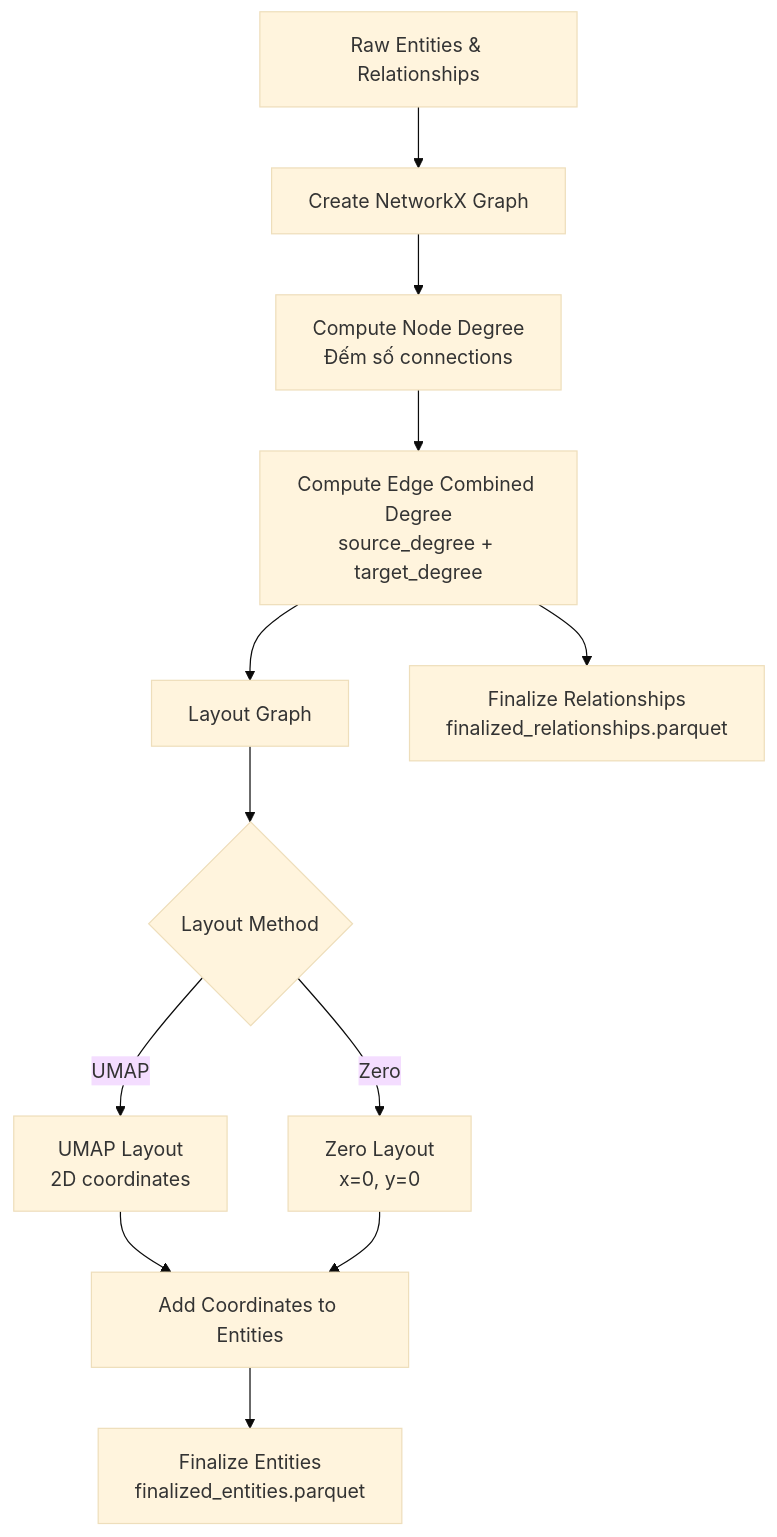
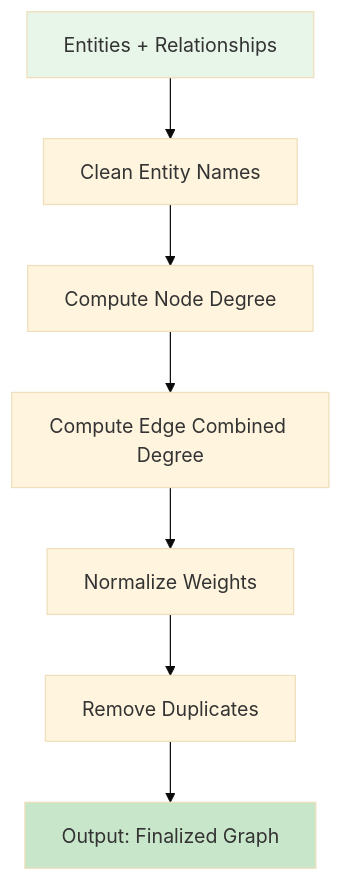
One commit to huytu0702/gtog changed the fifth of 10 diagrams in docs/tunh/GRAPHRAG_INDEXING_FLOW.md. Above: the diagram before and after it, drawn with Mermaid (base theme). The commit also changed other lines of this file and 1 other file, not shown here.

````diff
--- a/docs/tunh/GRAPHRAG_INDEXING_FLOW.md
+++ b/docs/tunh/GRAPHRAG_INDEXING_FLOW.md
@@ -232,20 +270,12 @@
 ```mermaid
-flowchart TB
-    A[Raw Entities & Relationships] --> B[Create NetworkX Graph]
+graph TB
+    A[Entities + Relationships] --> B[Clean Entity Names]
+    B --> C[Compute Node Degree]
+    C --> D[Compute Edge Combined Degree]
+    D --> E[Normalize Weights]
+    E --> F[Remove Duplicates]
+    F --> G[Output: Finalized Graph]
     
-    B --> C[Compute Node Degree<br/>Đếm số connections]
-    
-    C --> D[Compute Edge Combined Degree<br/>source_degree + target_degree]
-    
-    D --> E[Layout Graph]
-    
-    E --> F{Layout Method}
-    F -->|UMAP| G[UMAP Layout<br/>2D coordinates]
-    F -->|Zero| H[Zero Layout<br/>x=0, y=0]
-    
-    G --> I[Add Coordinates to Entities]
-    H --> I
-    
-    I --> J[Finalize Entities<br/>finalized_entities.parquet]
-    D --> K[Finalize Relationships<br/>finalized_relationships.parquet]
+    style A fill:#e8f5e9
+    style G fill:#c8e6c9
 ```
````
